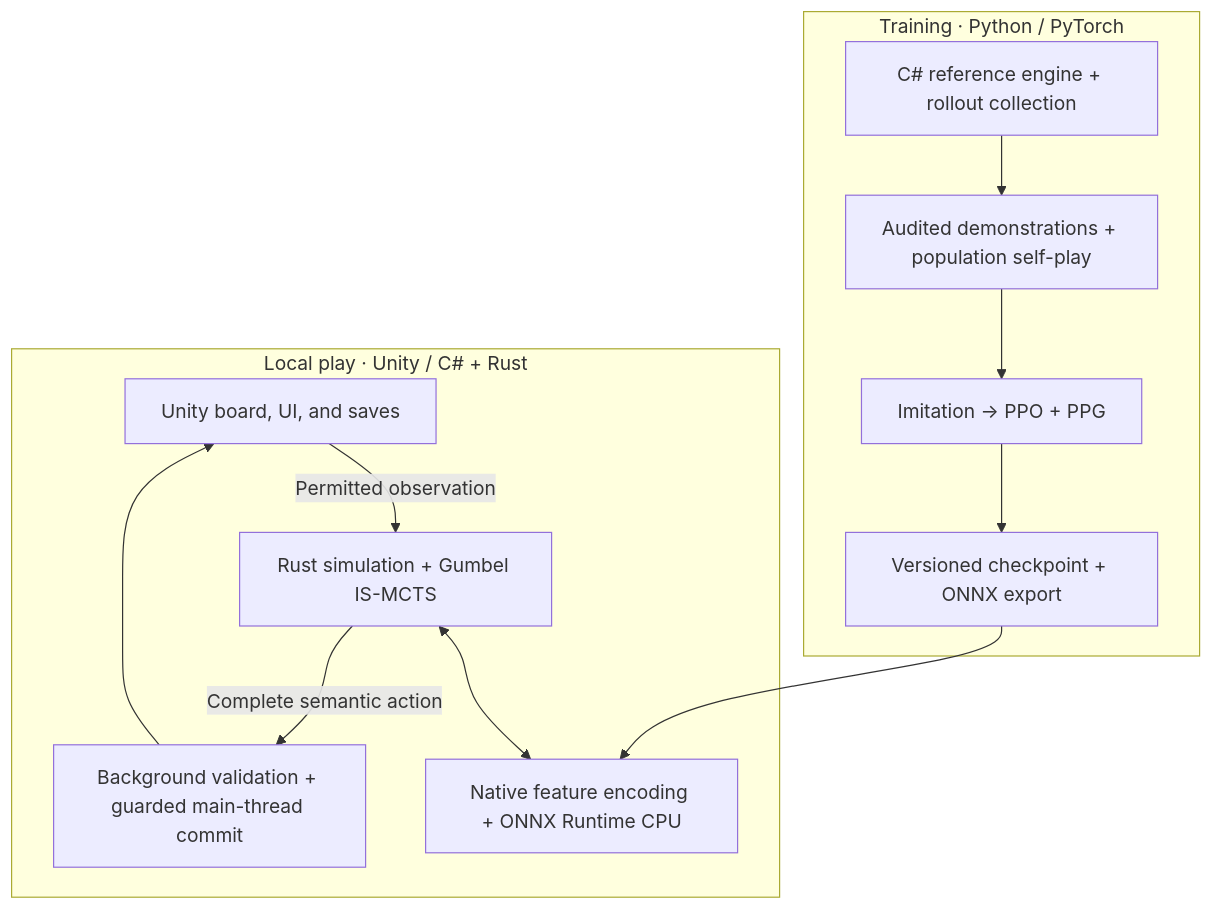
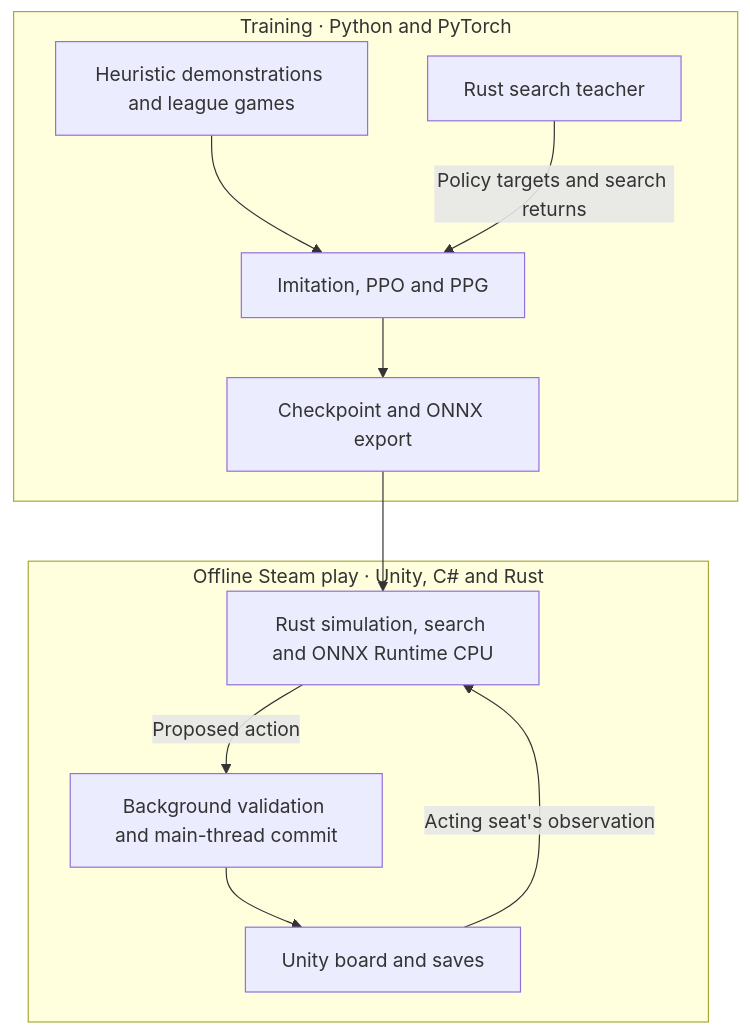
The diagram in README.md (riverside234/brass-birmingham-ai), drawn with Mermaid before and after one commit. The commit also changed other lines of this file and 14 other files, not shown here.

````diff
--- a/README.md
+++ b/README.md
@@ -32,16 +12,14 @@
 ```mermaid
 flowchart TB
-    subgraph Training["Training · Python / PyTorch"]
-        C["C# reference engine + rollout collection"] --> D["Audited demonstrations + population self-play"]
-        D --> P["Imitation → PPO + PPG"]
-        P --> M["Versioned checkpoint + ONNX export"]
+    subgraph Lab["Training · Python and PyTorch"]
+        D["Heuristic demonstrations and league games"] --> P["Imitation, PPO and PPG"]
+        T["Rust search teacher"] -->|Policy targets and search returns| P
+        P --> M["Checkpoint and ONNX export"]
     end
-
-    subgraph Game["Local play · Unity / C# + Rust"]
-        U["Unity board, UI, and saves"] -->|Permitted observation| R["Rust simulation + Gumbel IS-MCTS"]
-        R <--> N["Native feature encoding + ONNX Runtime CPU"]
-        M --> N
-        R -->|Complete semantic action| V["Background validation + guarded main-thread commit"]
+    subgraph Game["Offline Steam play · Unity, C# and Rust"]
+        U["Unity board and saves"] -->|Acting seat's observation| R["Rust simulation, search and ONNX Runtime CPU"]
+        R -->|Proposed action| V["Background validation and main-thread commit"]
         V --> U
     end
+    M --> R
 ```
````
